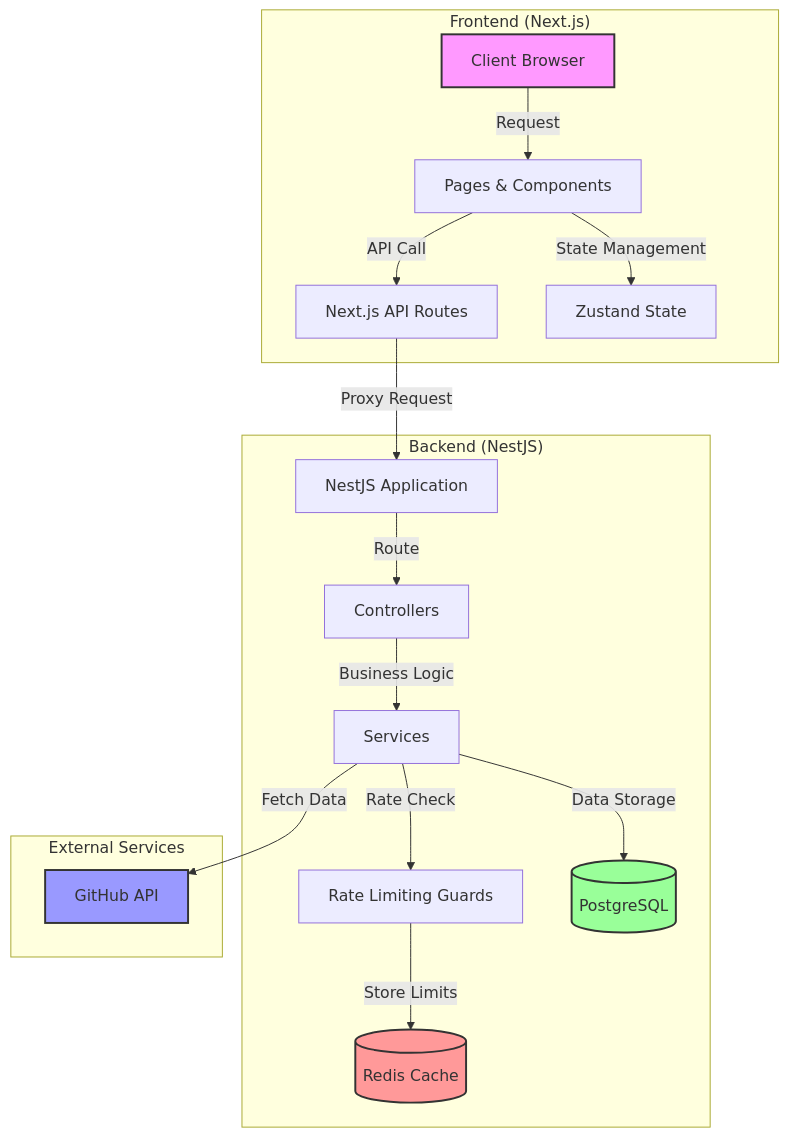
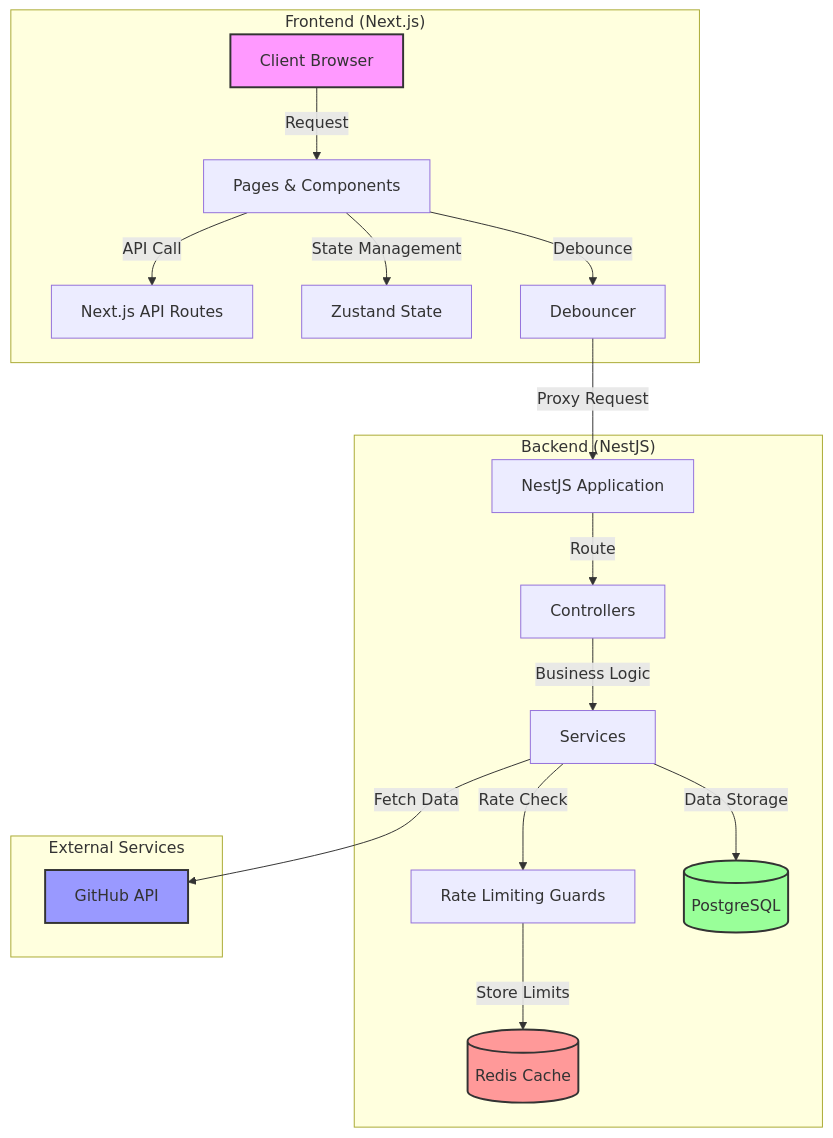
The diagram in README.md (anrysys/rate-limiting), drawn with Mermaid before and after one commit. The commit also changed other lines of this file and 1 other file, not shown here.

Commit message:
Обновить документацию в README.md с описанием новых функций управления запросами, улучшенной обработки ошибок и системы кэширования; удалить устаревший файл API маршрута

````diff
--- a/README.md
+++ b/README.md
@@ -145,38 +145,40 @@
 ```mermaid
 graph TB
     subgraph "Frontend (Next.js)"
         Client[Client Browser]
         NextAPI[Next.js API Routes]
         Pages[Pages & Components]
         State[Zustand State]
+        Debouncer[Debouncer]
     end
 
     subgraph "Backend (NestJS)"
         NestApp[NestJS Application]
         Controllers[Controllers]
         Services[Services]
         Guards[Rate Limiting Guards]
         Redis[(Redis Cache)]
         PostgreSQL[(PostgreSQL)]
     end
 
     subgraph "External Services"
         GitHub[GitHub API]
     end
 
     Client -->|Request| Pages
     Pages -->|State Management| State
     Pages -->|API Call| NextAPI
-    NextAPI -->|Proxy Request| NestApp
+    Pages -->|Debounce| Debouncer
+    Debouncer -->|Proxy Request| NestApp
     NestApp -->|Route| Controllers
     Controllers -->|Business Logic| Services
     Services -->|Rate Check| Guards
     Guards -->|Store Limits| Redis
     Services -->|Data Storage| PostgreSQL
     Services -->|Fetch Data| GitHub
 
     style Client fill:#f9f,stroke:#333,stroke-width:2px
     style Redis fill:#ff9999,stroke:#333,stroke-width:2px
     style PostgreSQL fill:#99ff99,stroke:#333,stroke-width:2px
     style GitHub fill:#9999ff,stroke:#333,stroke-width:2px
 ```
````
